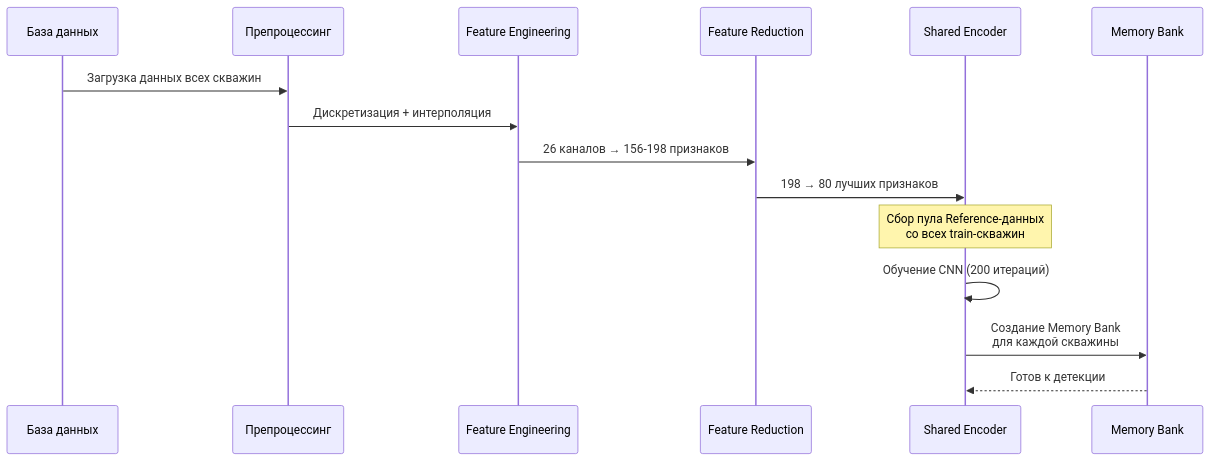
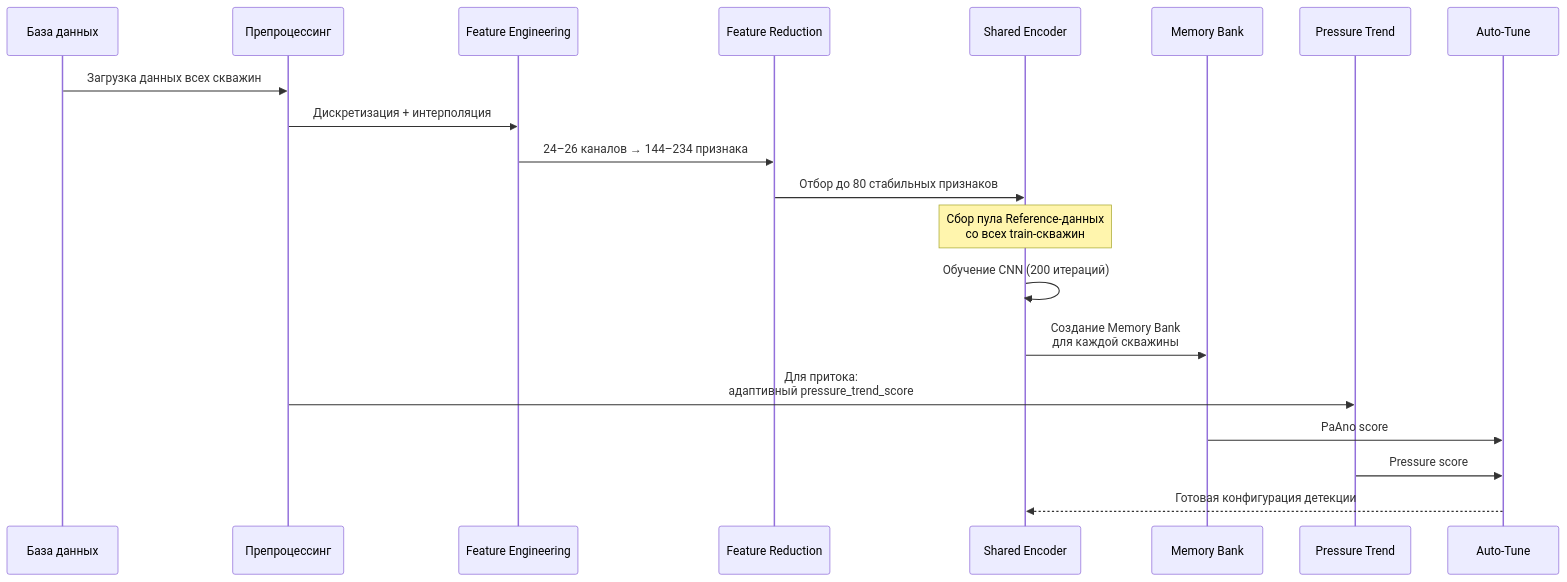
One commit to DarkPrinceWarrior/alma_servie changed the sixth of 8 diagrams in docs/ALMA_система_детекции_аномалий.md. Above: the diagram before and after it, drawn with Mermaid. The commit also changed other lines of this file and 6 other files, not shown here.

Commit message:
Add pritok pressure trend detection docs

````diff
--- a/docs/ALMA_система_детекции_аномалий.md
+++ b/docs/ALMA_система_детекции_аномалий.md
@@ -347,18 +396,23 @@
 ```mermaid
 sequenceDiagram
     participant D as База данных
     participant P as Препроцессинг
     participant F as Feature Engineering
     participant R as Feature Reduction
     participant E as Shared Encoder
     participant M as Memory Bank
+    participant T as Pressure Trend
+    participant A as Auto-Tune
 
     D->>P: Загрузка данных всех скважин
     P->>F: Дискретизация + интерполяция
-    F->>R: 26 каналов → 156-198 признаков
-    R->>E: 198 → 80 лучших признаков
+    F->>R: 24–26 каналов → 144–234 признака
+    R->>E: Отбор до 80 стабильных признаков
     Note over E: Сбор пула Reference-данных<br/>со всех train-скважин
     E->>E: Обучение CNN (200 итераций)
     E->>M: Создание Memory Bank<br/>для каждой скважины
-    M-->>E: Готов к детекции
+    P->>T: Для притока:<br/>адаптивный pressure_trend_score
+    M->>A: PaAno score
+    T->>A: Pressure score
+    A-->>E: Готовая конфигурация детекции
 ```
````
